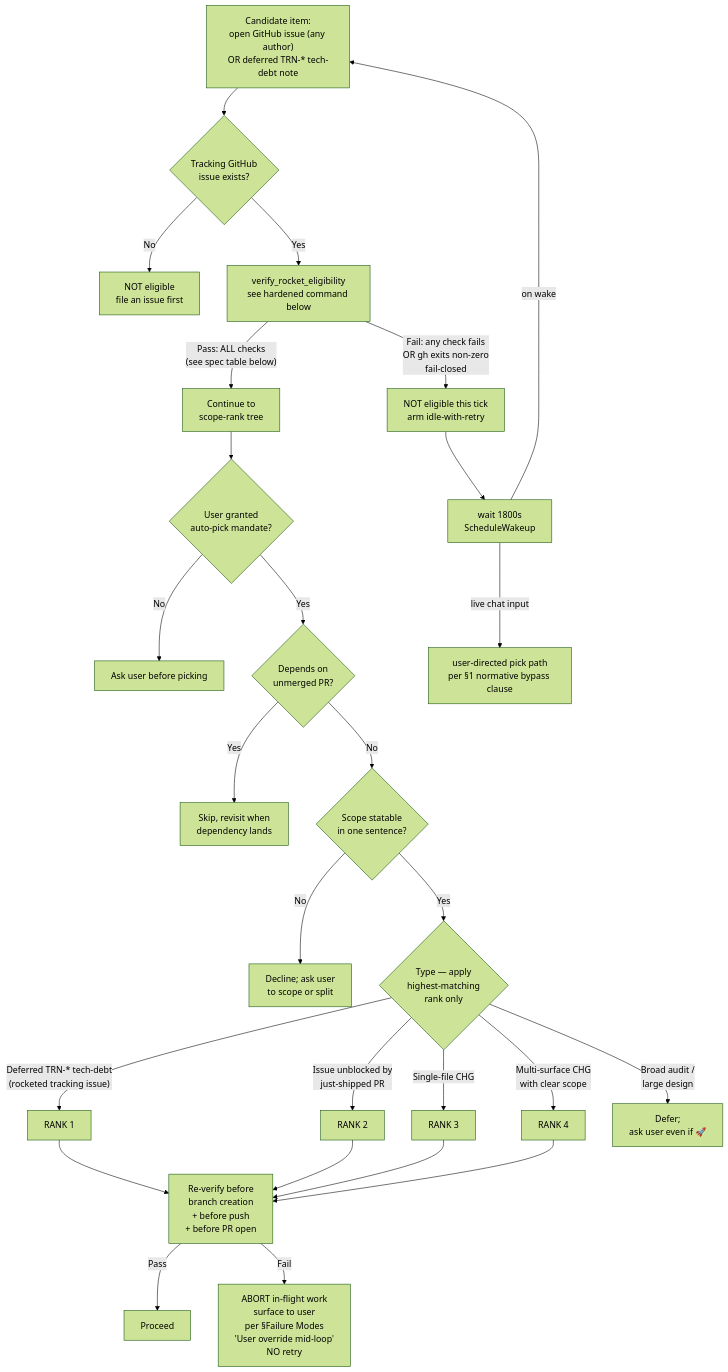
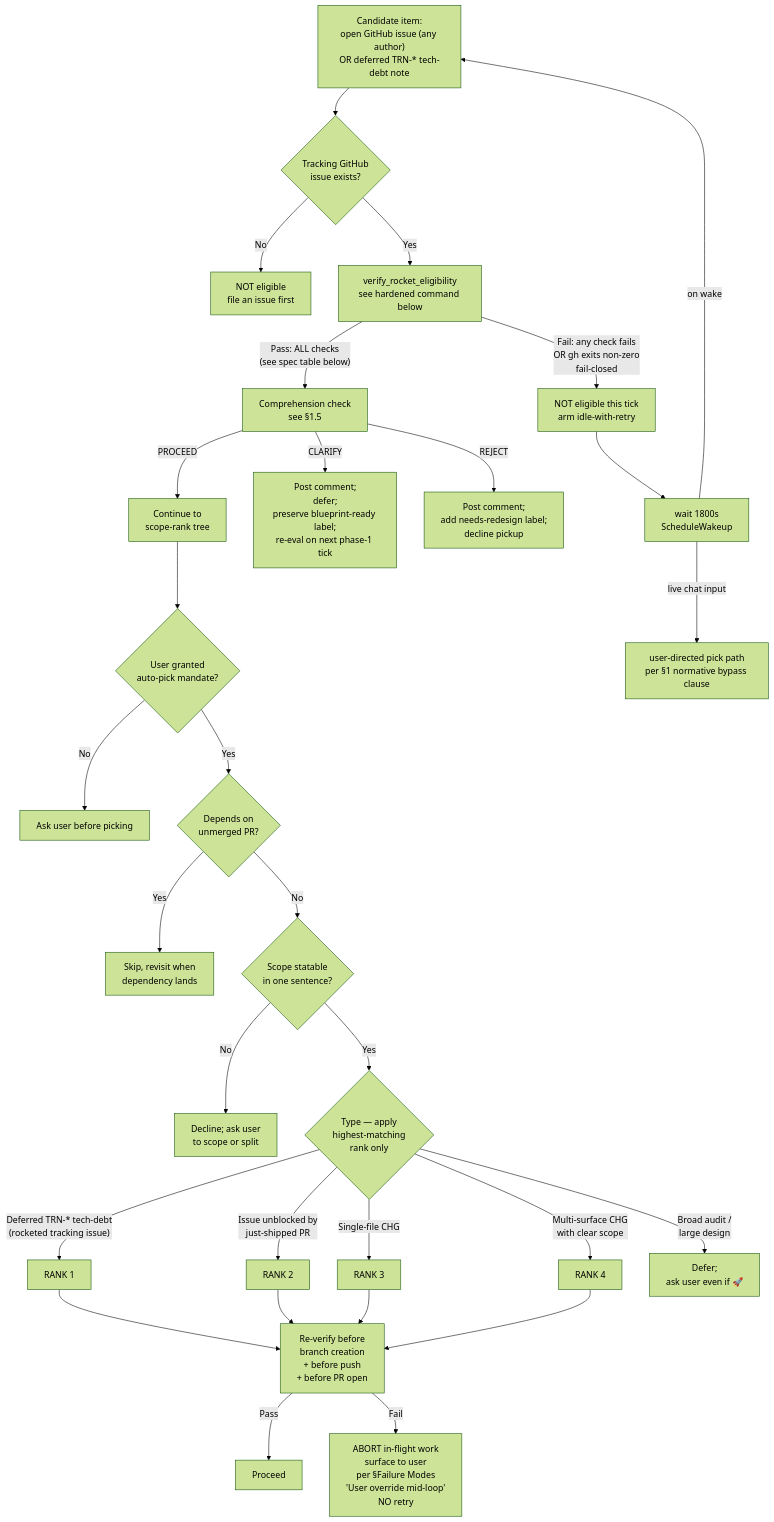
Before and after one commit to frankyxhl/trinity: the first of 6 diagrams in rules/TRN-1008-SOP-Multi-Agent-Review-Loop.md, drawn with Mermaid (forest theme). The commit also changed other lines of this file and 3 other files, not shown here.

````diff
--- a/rules/TRN-1008-SOP-Multi-Agent-Review-Loop.md
+++ b/rules/TRN-1008-SOP-Multi-Agent-Review-Loop.md
@@ -104,29 +105,32 @@
 ```mermaid
 flowchart TD
     A["Candidate item:<br/>open GitHub issue (any author)<br/>OR deferred TRN-* tech-debt note"] --> G1{Tracking GitHub<br/>issue exists?}
     G1 -- No --> Z_GATE_A[NOT eligible<br/>file an issue first]
     G1 -- Yes --> V[verify_rocket_eligibility<br/>see hardened command below]
-    V -- Pass: ALL checks<br/>(see spec table below) --> SCOPE[Continue to<br/>scope-rank tree]
+    V -- Pass: ALL checks<br/>(see spec table below) --> COMP[Comprehension check<br/>see §1.5]
+    COMP -- PROCEED --> SCOPE[Continue to<br/>scope-rank tree]
+    COMP -- CLARIFY --> CLAR_OUT[Post comment;<br/>defer;<br/>preserve blueprint-ready label;<br/>re-eval on next phase-1 tick]
+    COMP -- REJECT --> REJ_OUT[Post comment;<br/>add needs-redesign label;<br/>decline pickup]
     V -- Fail: any check fails<br/>OR gh exits non-zero<br/>fail-closed --> Z_GATE_B[NOT eligible this tick<br/>arm idle-with-retry]
     SCOPE --> B{User granted<br/>auto-pick mandate?}
     B -- No --> Z1[Ask user before picking]
     B -- Yes --> C{Depends on<br/>unmerged PR?}
     C -- Yes --> Z2[Skip, revisit when<br/>dependency lands]
     C -- No --> D{Scope statable<br/>in one sentence?}
     D -- No --> Z3[Decline; ask user<br/>to scope or split]
     D -- Yes --> E{Type — apply<br/>highest-matching<br/>rank only}
     E -- Deferred TRN-* tech-debt<br/>(rocketed tracking issue) --> R1[RANK 1]
     E -- Issue unblocked by<br/>just-shipped PR --> R2[RANK 2]
     E -- Single-file CHG --> R3[RANK 3]
     E -- Multi-surface CHG<br/>with clear scope --> R4[RANK 4]
     E -- Broad audit /<br/>large design --> Z4[Defer;<br/>ask user even if 🚀]
     R1 --> RV[Re-verify before<br/>branch creation<br/>+ before push<br/>+ before PR open]
     R2 --> RV
     R3 --> RV
     R4 --> RV
     RV -- Pass --> EXEC[Proceed]
     RV -- Fail --> RV_FAIL[ABORT in-flight work<br/>surface to user<br/>per §Failure Modes<br/>'User override mid-loop'<br/>NO retry]
     Z_GATE_B --> WAIT[wait 1800s<br/>ScheduleWakeup]
     WAIT -- on wake --> A
     WAIT -- live chat input --> USER_PICK[user-directed pick path<br/>per §1 normative bypass clause]
 ```
````
